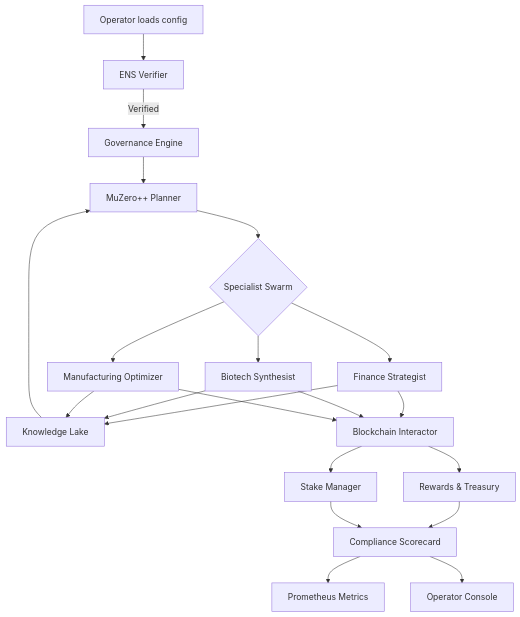
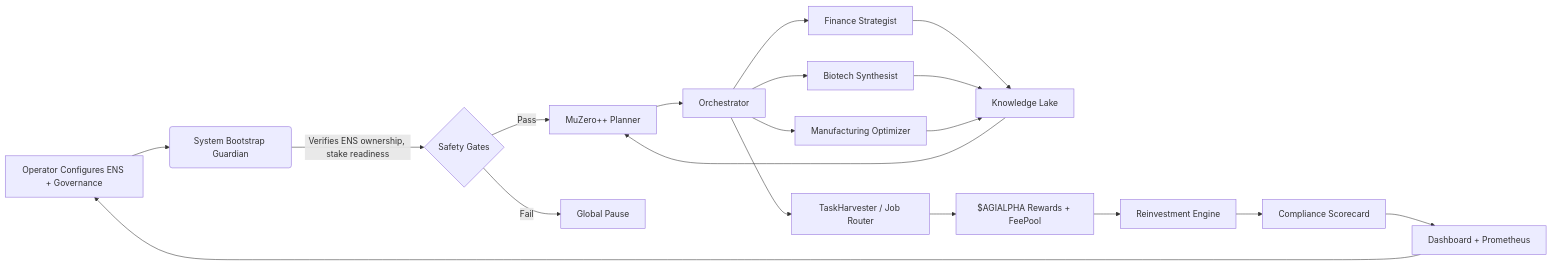
Before and after one commit to MontrealAI/AGIJobsv0: the first of 2 diagrams in demo/AGI-Alpha-Node-v0/README.md, drawn with Mermaid. The commit also changed other lines of this file and 35 other files, not shown here.

````diff
--- a/demo/AGI-Alpha-Node-v0/README.md
+++ b/demo/AGI-Alpha-Node-v0/README.md
@@ -13,18 +20,19 @@
 ```mermaid
-flowchart TD
-    A[Operator loads config] --> B[ENS Verifier]
-    B -->|Verified| C[Governance Engine]
-    C --> D[MuZero++ Planner]
-    D --> E{Specialist Swarm}
-    E --> F[Finance Strategist]
-    E --> G[Biotech Synthesist]
-    E --> H[Manufacturing Optimizer]
-    F & G & H --> I[Knowledge Lake]
-    I --> D
-    F & G & H --> J[Blockchain Interactor]
-    J --> K[Rewards & Treasury]
-    J --> L[Stake Manager]
-    K & L --> M[Compliance Scorecard]
-    M --> N[Prometheus Metrics]
-    M --> O[Operator Console]
+flowchart LR
+    A[Operator Configures ENS + Governance] --> B(System Bootstrap Guardian)
+    B -->|Verifies ENS ownership, stake readiness| C{Safety Gates}
+    C -->|Pass| D[MuZero++ Planner]
+    C -->|Fail| P[Global Pause]
+    D --> E[Orchestrator]
+    E --> F1[Finance Strategist]
+    E --> F2[Biotech Synthesist]
+    E --> F3[Manufacturing Optimizer]
+    F1 & F2 & F3 --> G[Knowledge Lake]
+    G --> D
+    E --> H[TaskHarvester / Job Router]
+    H --> I[$AGIALPHA Rewards + FeePool]
+    I --> J[Reinvestment Engine]
+    J --> K[Compliance Scorecard]
+    K --> L[Dashboard + Prometheus]
+    L --> A
 ```
````
